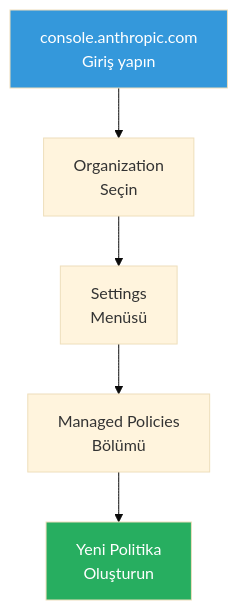
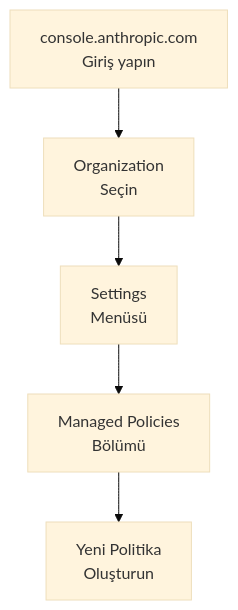
Before and after one commit to IzzetYasinAtes/ClaudeCodeHandbook: the fourth of 4 diagrams in 18-kurumsal-kullanim/06-sunucu-tabanli-ayarlar.md, drawn with Mermaid (base theme). The commit also changed other lines of this file and 97 other files, not shown here.

Commit message:
Remove all custom Mermaid style/fill colors from 98 markdown files for consistent dark theme rendering

````diff
--- a/18-kurumsal-kullanim/06-sunucu-tabanli-ayarlar.md
+++ b/18-kurumsal-kullanim/06-sunucu-tabanli-ayarlar.md
@@ -178,10 +171,8 @@
 ```mermaid
 flowchart TD
     LOGIN["console.anthropic.com<br/>Giriş yapın"] --> ORG["Organization<br/>Seçin"]
     ORG --> SETTINGS["Settings<br/>Menüsü"]
     SETTINGS --> MANAGED["Managed Policies<br/>Bölümü"]
     MANAGED --> CREATE["Yeni Politika<br/>Oluşturun"]
 
-    style LOGIN fill:#3498DB,color:#fff
-    style CREATE fill:#27AE60,color:#fff
 ```
````
